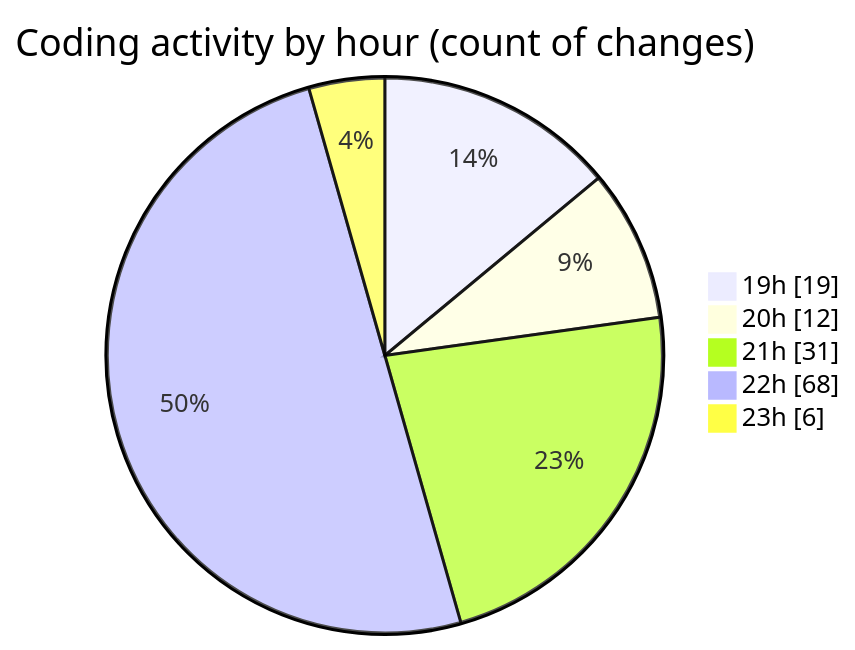
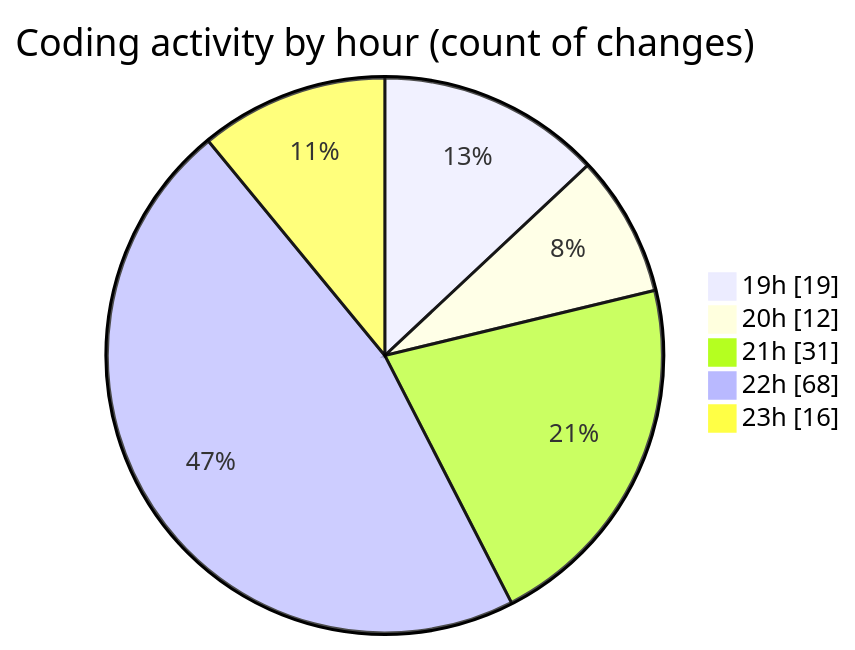
Before and after one commit to lephambinh05/code-tracking: the second of 2 diagrams in 2025-07-28/quanlyrapchieuphim-2/README.md, drawn with Mermaid. The commit also changed other lines of this file and 1 other file, not shown here.

````diff
--- a/2025-07-28/quanlyrapchieuphim-2/README.md
+++ b/2025-07-28/quanlyrapchieuphim-2/README.md
@@ -65,9 +70,9 @@
 ```mermaid
 pie showData
 title Coding activity by hour (count of changes)
 "19h" : 19
 "20h" : 12
 "21h" : 31
 "22h" : 68
-"23h" : 6
+"23h" : 16
 ```
````
